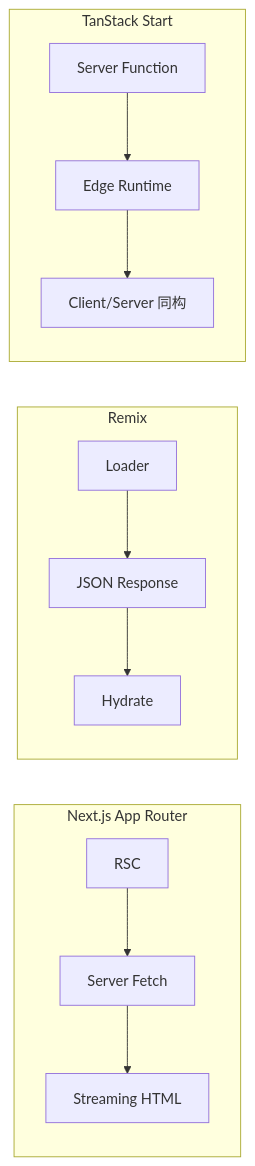
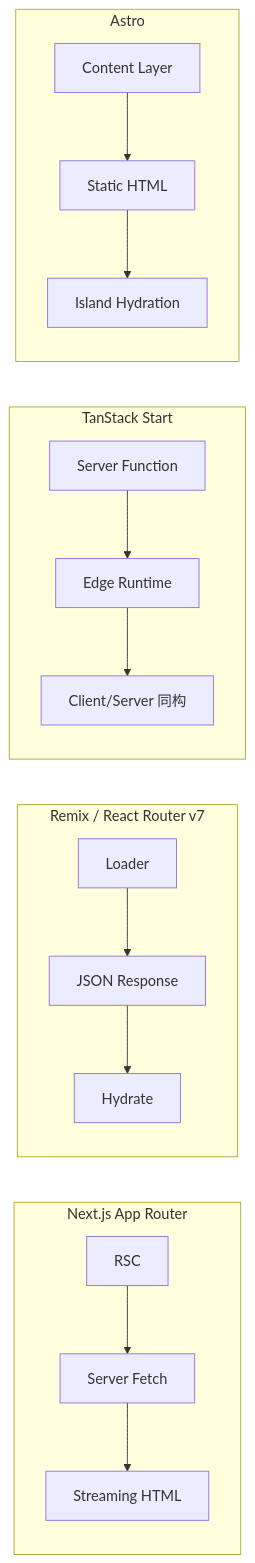
One commit to AdaMartin18010/JavaScriptTypeScript changed the second of 2 diagrams in website/comparison-matrices/ssr-metaframeworks-compare.md. Above: the diagram before and after it, drawn with Mermaid. The commit also changed other lines of this file and 27 other files, not shown here.

````diff
--- a/website/comparison-matrices/ssr-metaframeworks-compare.md
+++ b/website/comparison-matrices/ssr-metaframeworks-compare.md
@@ -69,15 +422,19 @@
 ```mermaid
 flowchart LR
     subgraph NextJS [Next.js App Router]
         A1[RSC] --> A2[Server Fetch]
         A2 --> A3[Streaming HTML]
     end
-    subgraph Remix [Remix]
+    subgraph Remix [Remix / React Router v7]
         B1[Loader] --> B2[JSON Response]
         B2 --> B3[Hydrate]
     end
     subgraph TanStack [TanStack Start]
         C1[Server Function] --> C2[Edge Runtime]
         C2 --> C3[Client/Server 同构]
     end
+    subgraph AstroFlow [Astro]
+        D1[Content Layer] --> D2[Static HTML]
+        D2 --> D3[Island Hydration]
+    end
 ```
````
